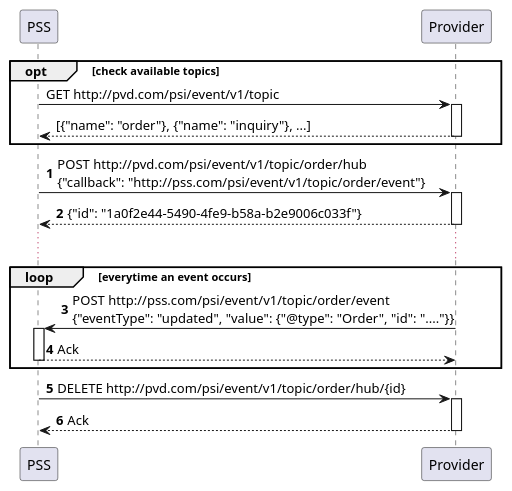
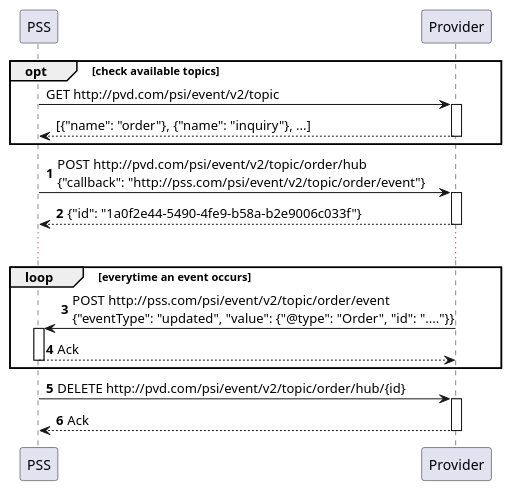
One commit to psi-consortium/psi changed the first of 2 diagrams in doc/PSI/PSI-TOD/tasks/TOD-01-02-Event_Management.md. Above: the diagram before and after it, drawn with PlantUML. The commit also changed 1093 other files, not shown here.

````diff
--- a/doc/PSI/PSI-TOD/tasks/TOD-01-02-Event_Management.md
+++ b/doc/PSI/PSI-TOD/tasks/TOD-01-02-Event_Management.md
@@ -29,26 +29,26 @@
 ```plantuml
 @startuml
 participant PSS
 participant Provider as PVD
 
 opt check available topics
-    PSS -> PVD ++ : GET http://pvd.com/psi/event/v1/topic
+    PSS -> PVD ++ : GET http://pvd.com/psi/event/v2/topic
     return [{"name": "order"}, {"name": "inquiry"}, ...]
 end
 
 autonumber
 
-PSS -> PVD ++ : POST http://pvd.com/psi/event/v1/topic/order/hub\n{"callback": "http://pss.com/psi/event/v1/topic/order/event"}
+PSS -> PVD ++ : POST http://pvd.com/psi/event/v2/topic/order/hub\n{"callback": "http://pss.com/psi/event/v2/topic/order/event"}
 return {"id": "1a0f2e44-5490-4fe9-b58a-b2e9006c033f"}
 
 ...
 
 loop everytime an event occurs
-    PVD -> PSS ++ : POST http://pss.com/psi/event/v1/topic/order/event\n{"eventType": "updated", "value": {"@type": "Order", "id": "...."}}
+    PVD -> PSS ++ : POST http://pss.com/psi/event/v2/topic/order/event\n{"eventType": "updated", "value": {"@type": "Order", "id": "...."}}
     return Ack
 end
 
-PSS -> PVD ++ : DELETE http://pvd.com/psi/event/v1/topic/order/hub/{id}
+PSS -> PVD ++ : DELETE http://pvd.com/psi/event/v2/topic/order/hub/{id}
 return Ack
 @enduml
 ```
````
